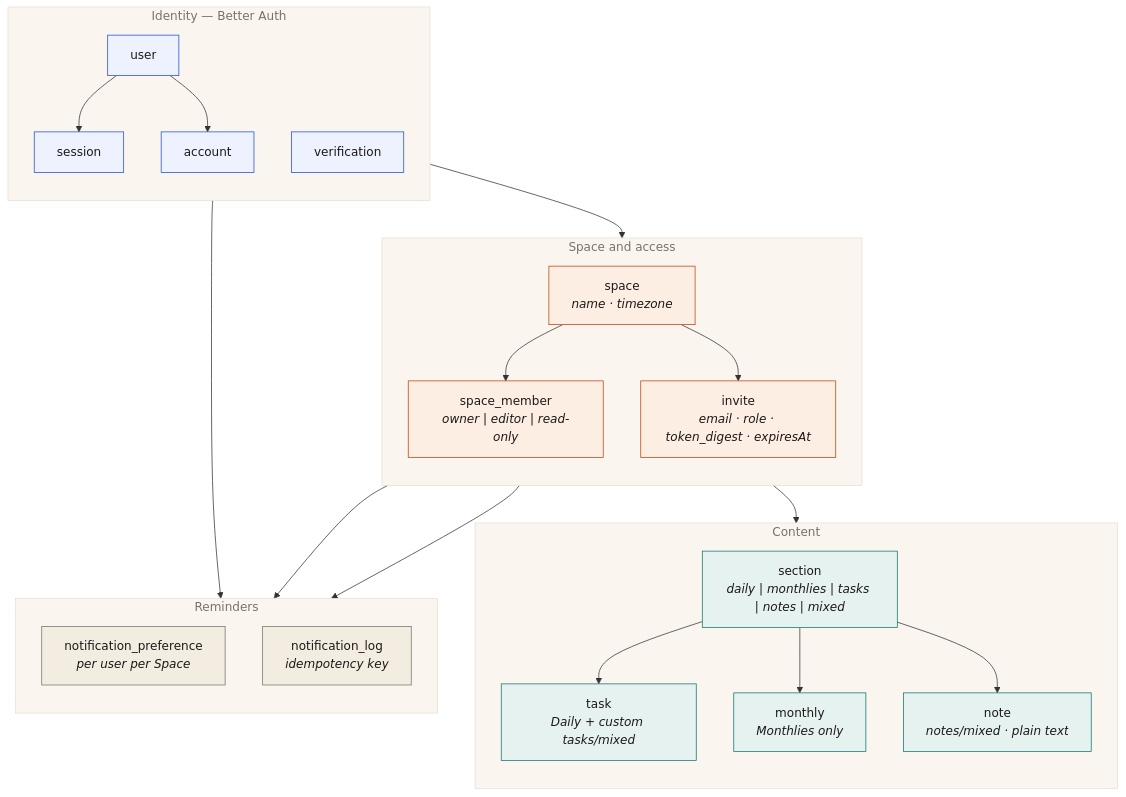
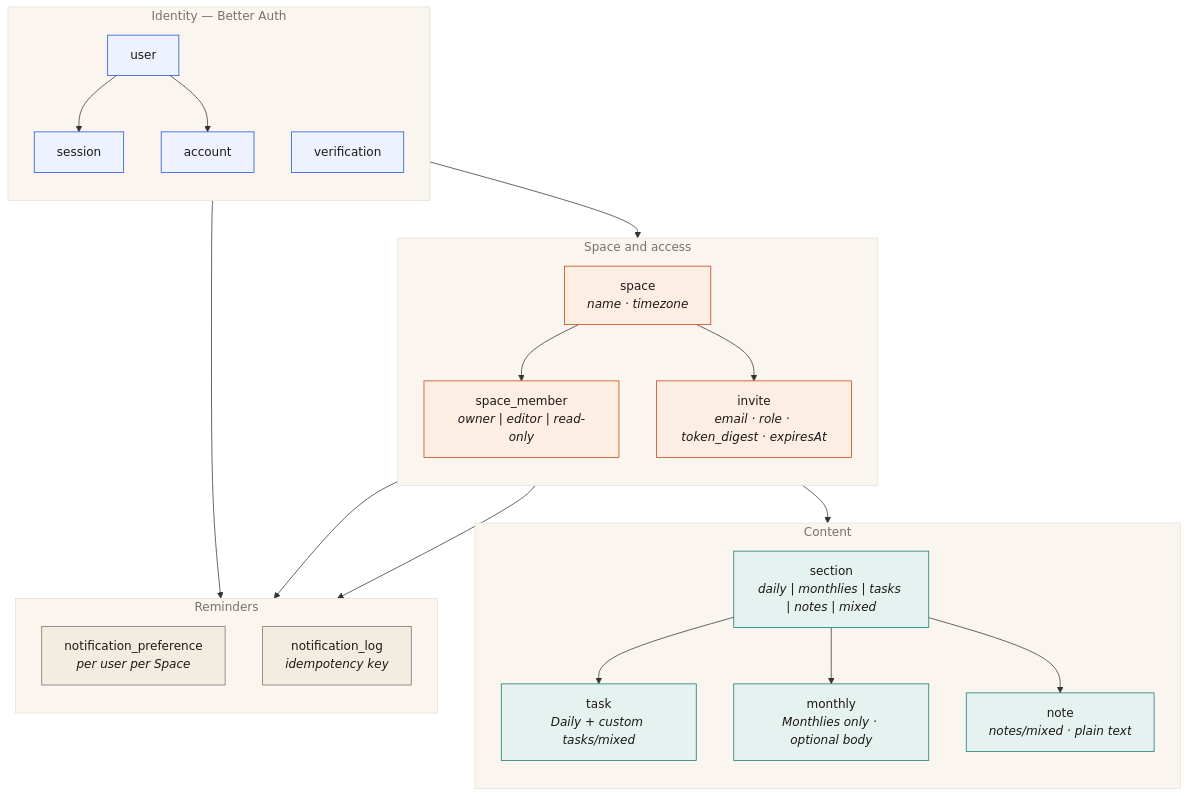
One commit to JonTrader/Orbit changed the first of 3 diagrams in docs/data-model.md. Above: the diagram before and after it, drawn with Mermaid. The commit also changed other lines of this file and 6 other files, not shown here.

````diff
--- a/docs/data-model.md
+++ b/docs/data-model.md
@@ -9,59 +9,59 @@
 ```mermaid
 flowchart TB
   subgraph AUTH["Identity — Better Auth"]
     direction TB
     U["user"]
     SE["session"]
     AC["account"]
     VE["verification"]
   end
 
   subgraph ACCESS["Space and access"]
     direction TB
     SP["space<br/><i>name · timezone</i>"]
     SM["space_member<br/><i>owner | editor | read-only</i>"]
     IN["invite<br/><i>email · role · token_digest · expiresAt</i>"]
   end
 
   subgraph CONTENT["Content"]
     direction TB
     SC["section<br/><i>daily | monthlies | tasks | notes | mixed</i>"]
     TK["task<br/><i>Daily + custom tasks/mixed</i>"]
-    MO["monthly<br/><i>Monthlies only</i>"]
+    MO["monthly<br/><i>Monthlies only · optional body</i>"]
     NO["note<br/><i>notes/mixed · plain text</i>"]
   end
 
   subgraph NOTIFY["Reminders"]
     direction TB
     NP["notification_preference<br/><i>per user per Space</i>"]
     NL["notification_log<br/><i>idempotency key</i>"]
   end
 
   U --> SE
   U --> AC
   U --> SM
   SP --> SM
   SP --> IN
   SP --> SC
   SC --> TK
   SC --> MO
   SC --> NO
   U --> NP
   SP --> NP
   SP --> NL
 
   classDef auth fill:#eef2ff,stroke:#1d4ed8,stroke-width:1px,color:#1c1917
   classDef access fill:#fdeee4,stroke:#c2410c,stroke-width:1px,color:#1c1917
   classDef content fill:#e6f2f0,stroke:#0f766e,stroke-width:1px,color:#1c1917
   classDef notify fill:#f3ece0,stroke:#78716c,stroke-width:1px,color:#1c1917
 
   class U,SE,AC,VE auth
   class SP,SM,IN access
   class SC,TK,MO,NO content
   class NP,NL notify
 
   style AUTH fill:#faf6ef,stroke:#e7e0d4,color:#78716c
   style ACCESS fill:#faf6ef,stroke:#e7e0d4,color:#78716c
   style CONTENT fill:#faf6ef,stroke:#e7e0d4,color:#78716c
   style NOTIFY fill:#faf6ef,stroke:#e7e0d4,color:#78716c
 ```
````
